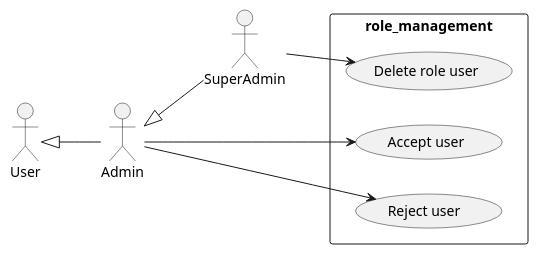
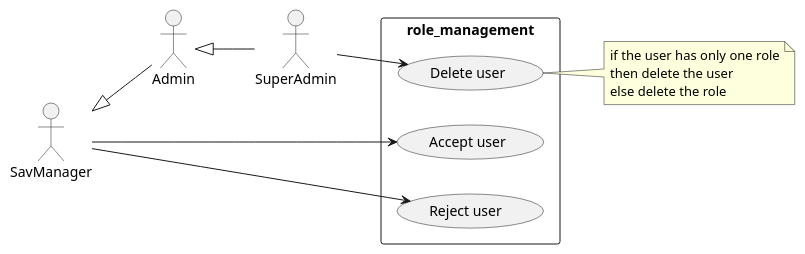
The diagram in rapport/use_case/role_management_use_case.wsd (smurfsDev/pixii-project), drawn with PlantUML before and after one commit.

Commit message:
change user by sav manager and add note

```diff
--- a/rapport/use_case/role_management_use_case.wsd
+++ b/rapport/use_case/role_management_use_case.wsd
@@ -1,27 +1,30 @@
 @startuml role_management_use_case
 left to right direction
 skinparam packageStyle rect
 skinparam shadowing false
 
-actor User as u 
+actor SavManager as sm 
 actor SuperAdmin as sa
 actor Admin as a
-u <|-- a
+sm <|-- a
 a <|-- sa
 
 
 package role_management  {
-( Delete role user ) as dru
+( Delete user ) as du
 ( Accept user ) as au
 ( Reject user  ) as ru
 
 }
 
 left to right direction
+sa --> du 
+sm --> au
+sm --> ru
 
-sa --> dru
-a --> au
-a --> ru
-
-
+note right of du
+    if the user has only one role
+    then delete the user
+    else delete the role
+end note
 @enduml
```
